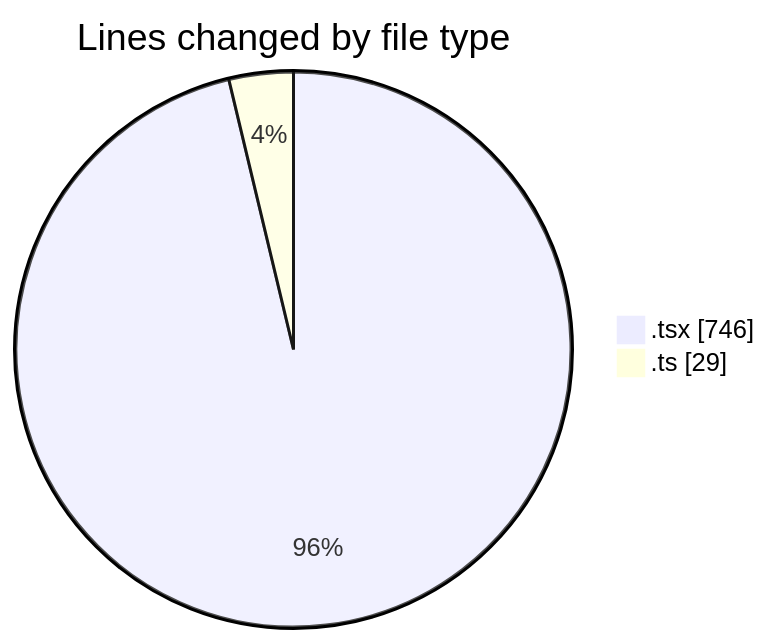
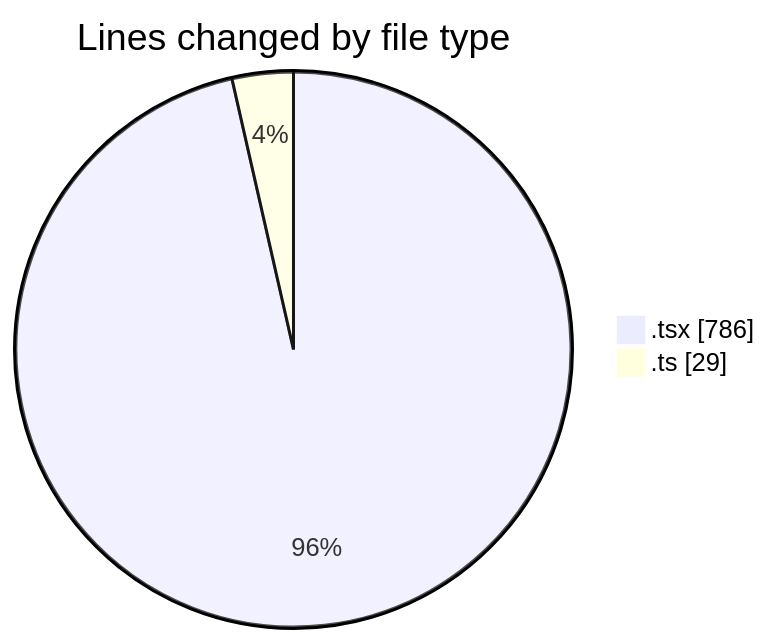
One commit to nxtqubesakshisongat/code-tracking changed the first of 2 diagrams in 2026-04-07/airfeed-analytics-dashboard/README.md. Above: the diagram before and after it, drawn with Mermaid. The commit also changed other lines of this file and 1 other file, not shown here.

````diff
--- a/2026-04-07/airfeed-analytics-dashboard/README.md
+++ b/2026-04-07/airfeed-analytics-dashboard/README.md
@@ -27,6 +27,6 @@
 ```mermaid
 pie showData
 title Lines changed by file type
-".tsx" : 746
+".tsx" : 786
 ".ts" : 29
 ```
````
